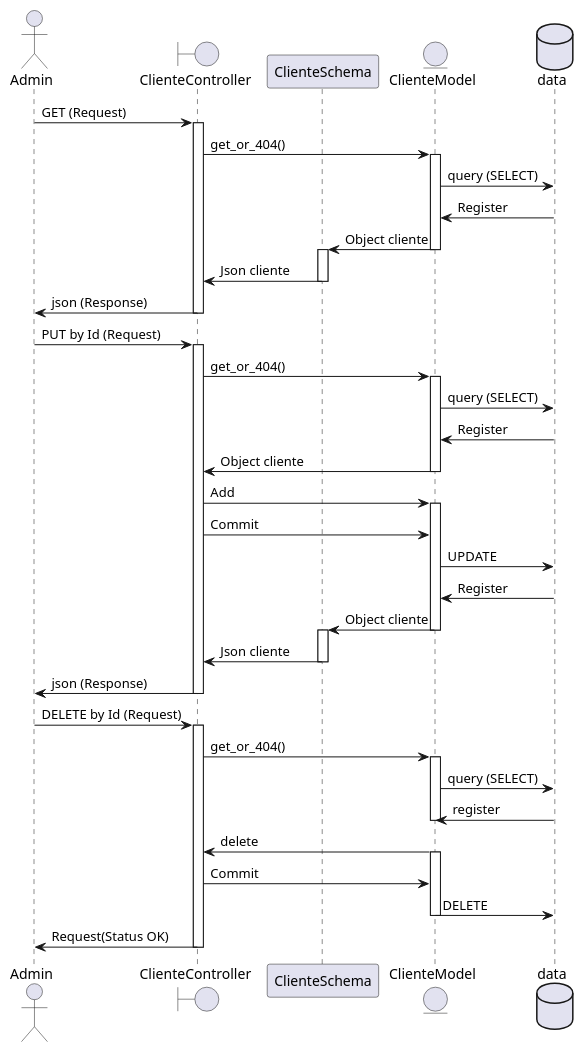
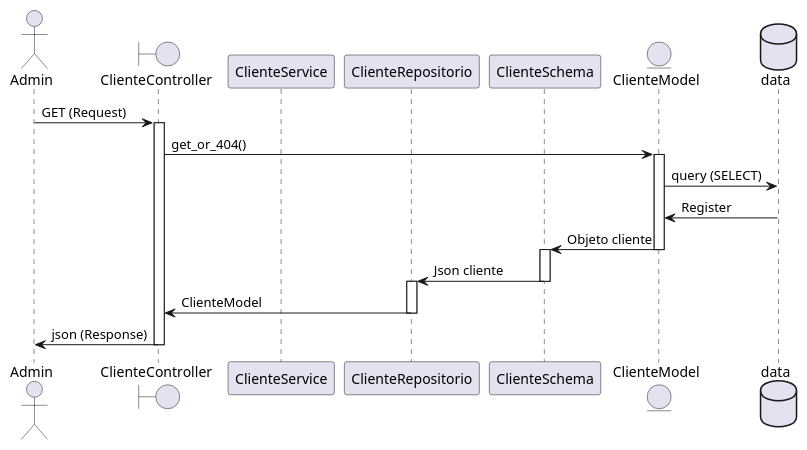
The diagram in docs/diagrama_secuencia_empresa.puml (GastonFenske/Bookmaker-DS), drawn with PlantUML before and after one commit. The commit also changed 4 other files, not shown here.

Commit message:
diagramas listos

```diff
--- a/docs/diagrama_secuencia_empresa.puml
+++ b/docs/diagrama_secuencia_empresa.puml
@@ -1,60 +1,28 @@
 @startuml
 
 actor Admin
 boundary ClienteController
+participant ClienteService
+participant ClienteRepositorio
 participant ClienteSchema
 entity ClienteModel
 database data
 
 Admin -> ClienteController: GET (Request)
 activate ClienteController
 ClienteController -> ClienteModel: get_or_404()
 activate ClienteModel
 ClienteModel -> data: query (SELECT)
 ClienteModel <- data: Register
-ClienteSchema <- ClienteModel: Object cliente
+ClienteSchema <- ClienteModel: Objeto cliente
 deactivate ClienteModel
 activate ClienteSchema
-ClienteController <- ClienteSchema: Json cliente
+ClienteRepositorio <- ClienteSchema: Json cliente
 deactivate ClienteSchema
+activate ClienteRepositorio
+ClienteController <- ClienteRepositorio: ClienteModel
+deactivate ClienteRepositorio
 Admin <- ClienteController: json (Response)
 deactivate ClienteController
 
-Admin -> ClienteController: PUT by Id (Request)
-activate ClienteController
-ClienteController -> ClienteModel: get_or_404()
-activate ClienteModel
-ClienteModel -> data: query (SELECT)
-ClienteModel <- data: Register
-ClienteController <- ClienteModel: Object cliente
-deactivate ClienteModel
-ClienteController -> ClienteModel: Add
-activate ClienteModel
-ClienteController -> ClienteModel: Commit
-ClienteModel -> data: UPDATE
-ClienteModel <- data: Register
-ClienteSchema <- ClienteModel: Object cliente
-deactivate ClienteModel
-activate ClienteSchema
-ClienteController <- ClienteSchema: Json cliente
-deactivate ClienteSchema
-Admin <- ClienteController: json (Response)
-deactivate ClienteController
-
-Admin -> ClienteController: DELETE by Id (Request)
-activate ClienteController
-ClienteController-> ClienteModel: get_or_404()
-activate ClienteModel
-ClienteModel -> data: query (SELECT)
-ClienteModel <- data: register
-deactivate ClienteModel
-ClienteController <- ClienteModel: delete
-activate ClienteModel
-ClienteController -> ClienteModel: Commit
-ClienteModel -> data: DELETE
-deactivate ClienteModel
-Admin <- ClienteController: Request(Status OK)
-deactivate ClienteController
-
-
 @enduml
```
